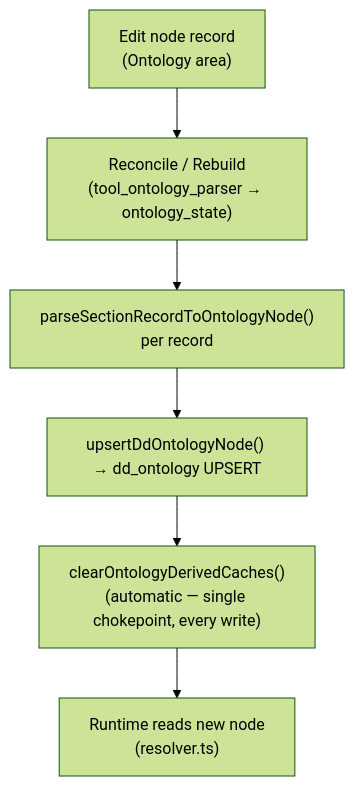
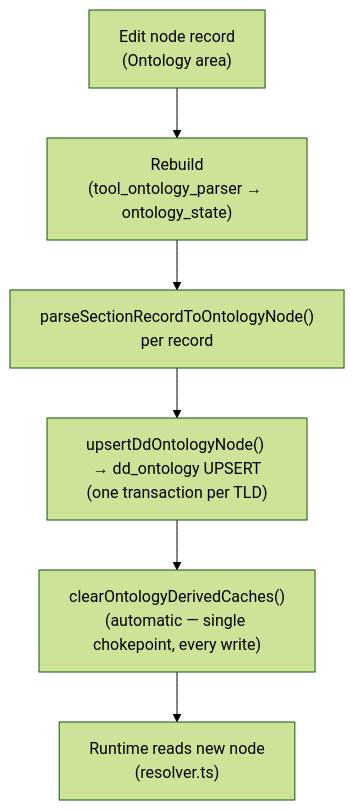
The second of 2 diagrams in docs/core/ontology/authoring.md (renderpci/dedalo), drawn with Mermaid (forest theme) before and after one commit. The commit also changed other lines of this file and 19 other files, not shown here.

First line of the commit message:
refactor(ontology_parser): remove the incremental reconcile; rebuild is the one writer

````diff
--- a/docs/core/ontology/authoring.md
+++ b/docs/core/ontology/authoring.md
@@ -421,8 +421,8 @@
 ```mermaid
 flowchart TD
-    E["Edit node record<br/>(Ontology area)"] --> R["Reconcile / Rebuild<br/>(tool_ontology_parser → ontology_state)"]
+    E["Edit node record<br/>(Ontology area)"] --> R["Rebuild<br/>(tool_ontology_parser → ontology_state)"]
     R --> P["parseSectionRecordToOntologyNode()<br/>per record"]
-    P --> I["upsertDdOntologyNode() → dd_ontology UPSERT"]
+    P --> I["upsertDdOntologyNode() → dd_ontology UPSERT<br/>(one transaction per TLD)"]
     I --> C["clearOntologyDerivedCaches()<br/>(automatic — single chokepoint, every write)"]
     C --> L["Runtime reads new node<br/>(resolver.ts)"]
 ```
````
